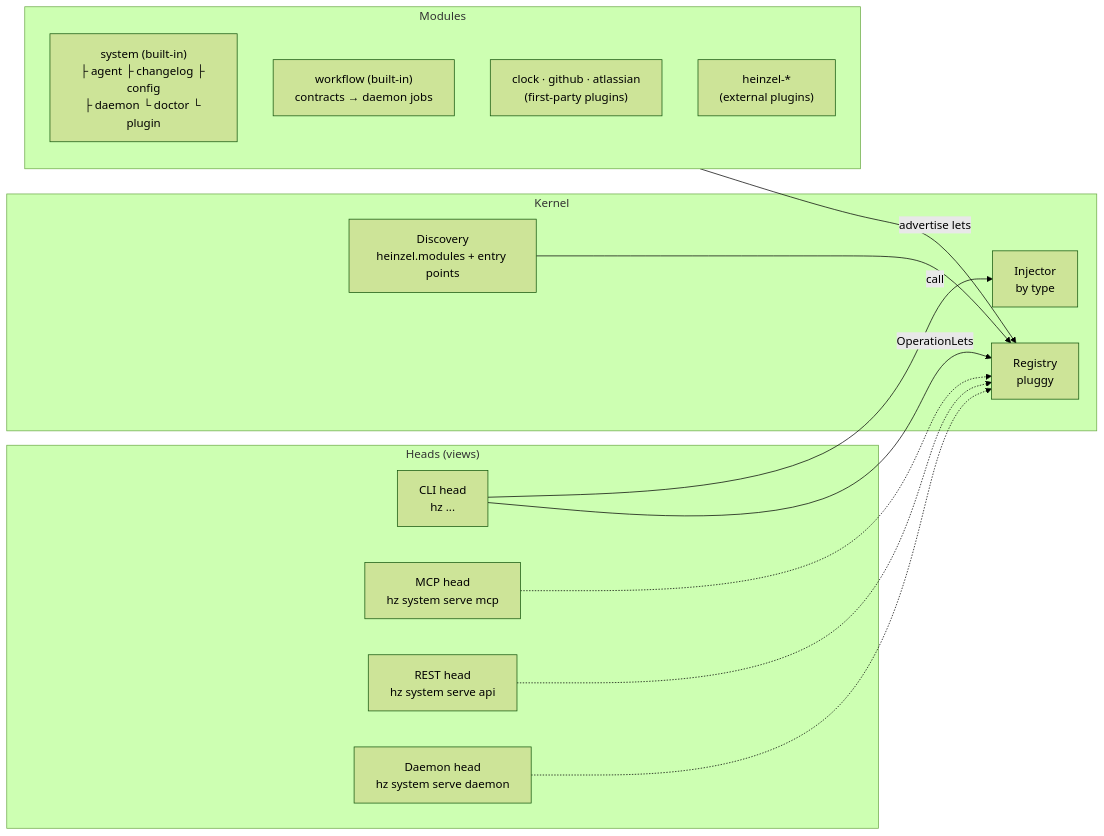
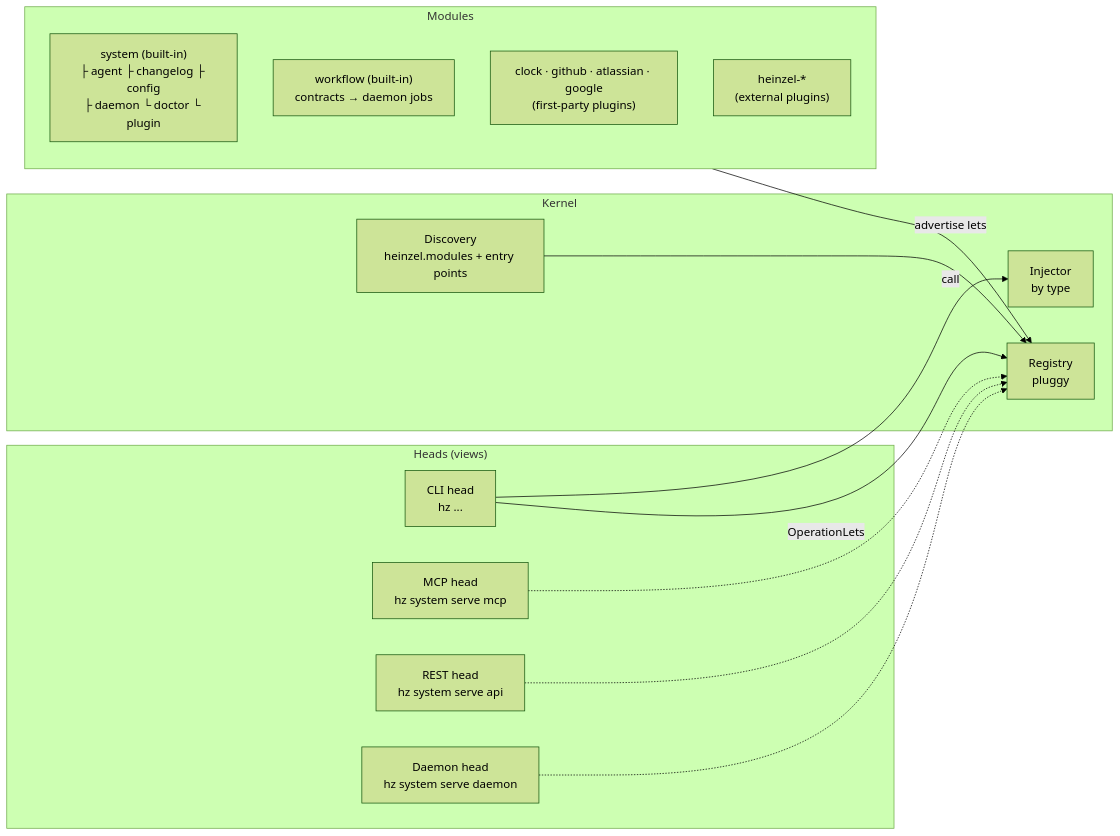
The diagram in docs/ARCHITECTURE.md (helmut-hoffer-von-ankershoffen/heinzel), drawn with Mermaid (forest theme) before and after one commit. The commit also changed other lines of this file and 41 other files, not shown here.

````diff
--- a/docs/ARCHITECTURE.md
+++ b/docs/ARCHITECTURE.md
@@ -5,27 +5,27 @@
 ```mermaid
 flowchart LR
     subgraph Heads["Heads (views)"]
         CLI["CLI head<br/>hz ..."]
         MCP["MCP head<br/>hz system serve mcp"]
         REST["REST head<br/>hz system serve api"]
         Daemon["Daemon head<br/>hz system serve daemon"]
     end
     subgraph Kernel
         Discovery["Discovery<br/>heinzel.modules + entry points"]
         Registry["Registry<br/>pluggy"]
         Injector["Injector<br/>by type"]
     end
     subgraph Modules
         System["system (built-in)<br/>├ agent ├ changelog ├ config<br/>├ daemon └ doctor └ plugin"]
         Workflow["workflow (built-in)<br/>contracts → daemon jobs"]
-        Clock["clock · github · atlassian<br/>(first-party plugins)"]
+        Clock["clock · github · atlassian · google<br/>(first-party plugins)"]
         Ext["heinzel-*<br/>(external plugins)"]
     end
     Discovery --> Registry
     Modules -- "advertise lets" --> Registry
     CLI -- "OperationLets" --> Registry
     MCP -.-> Registry
     REST -.-> Registry
     Daemon -.-> Registry
     CLI -- "call" --> Injector
 ```
````
